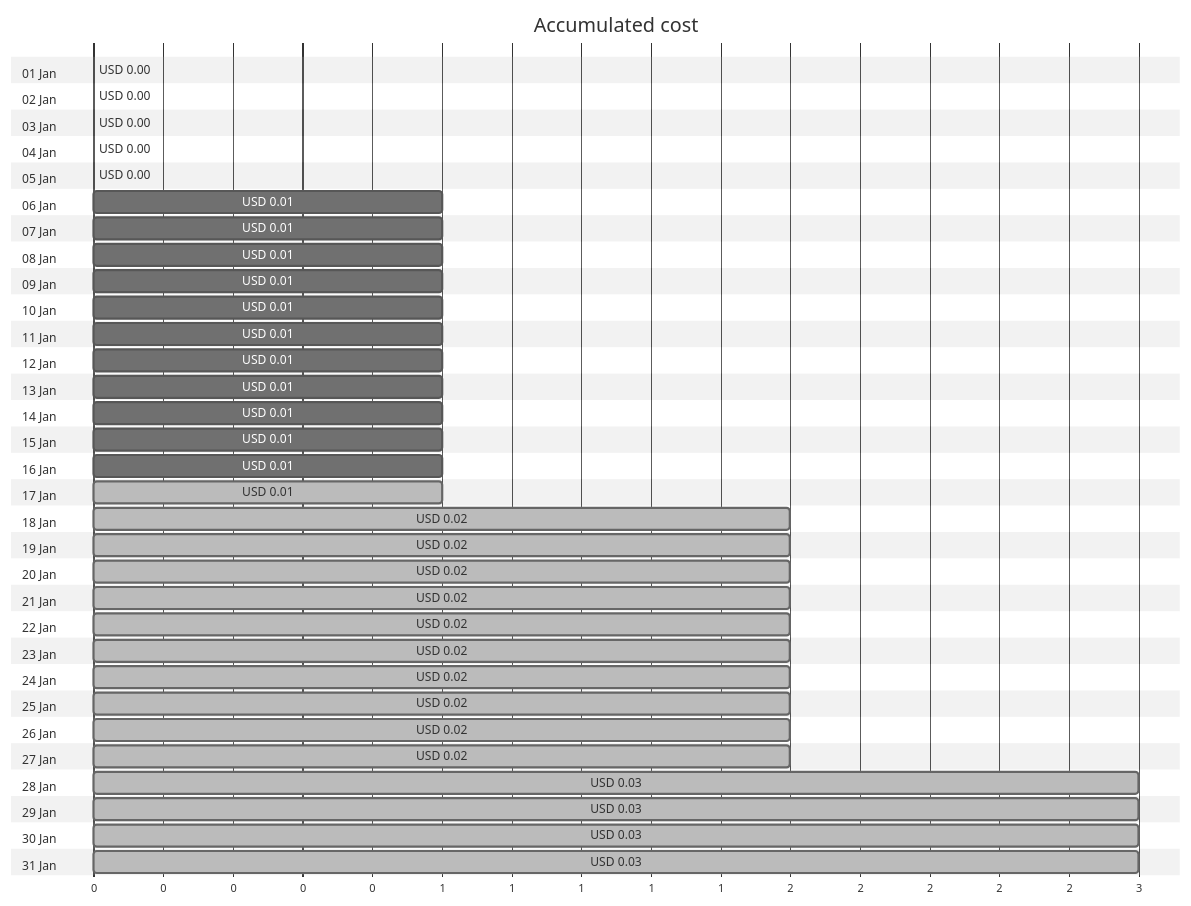
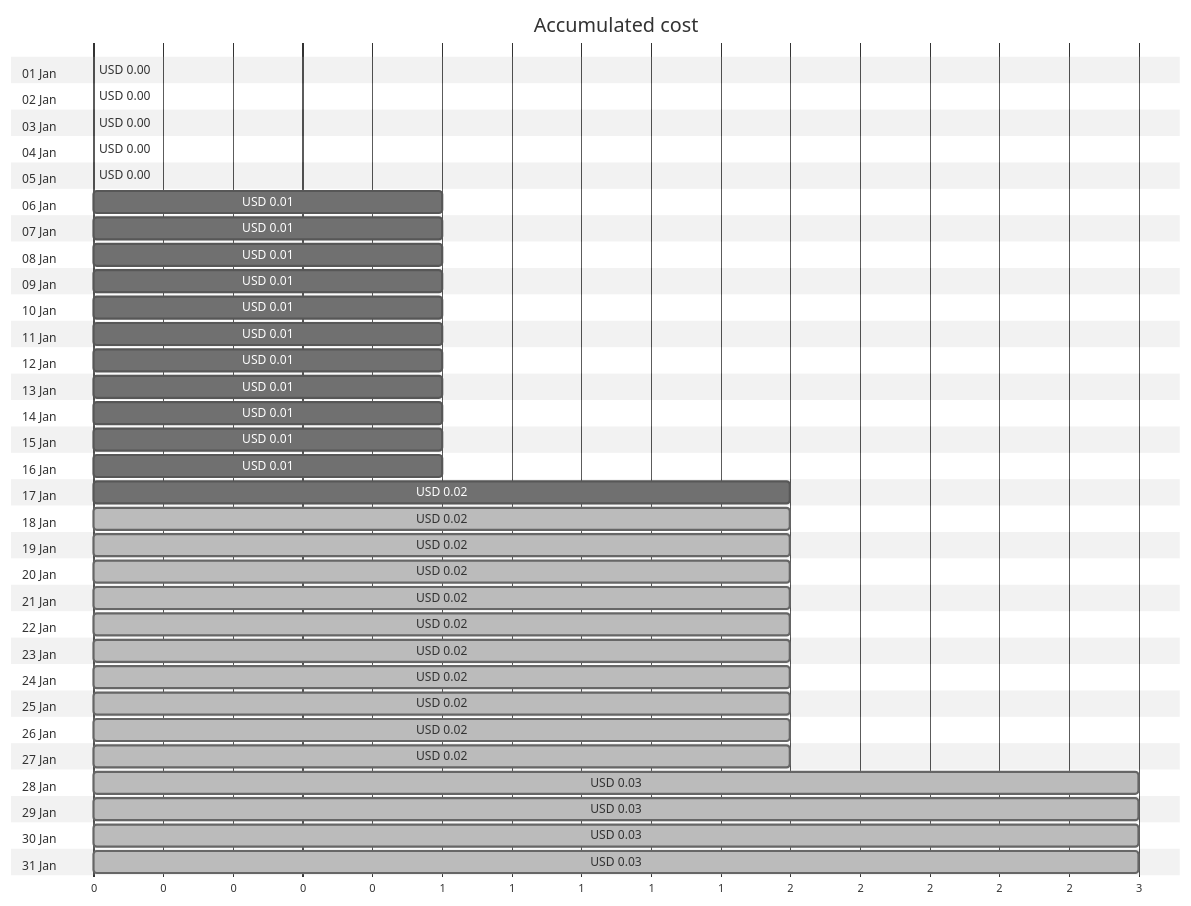
The first of 4 diagrams in cost-reports/personal-site/personalsiteapipreview.md (jpfulton/azure-personal-reports), drawn with Mermaid (neutral theme) before and after one commit. The commit also changed other lines of this file and 6 other files, not shown here.

````diff
--- a/cost-reports/personal-site/personalsiteapipreview.md
+++ b/cost-reports/personal-site/personalsiteapipreview.md
@@ -20,68 +20,68 @@
 ```mermaid
 gantt
    title Accumulated cost
    dateFormat  X
    axisFormat %s
    section 01 Jan
    USD 0.00 :0, 0
    section 02 Jan
    USD 0.00 :0, 0
    section 03 Jan
    USD 0.00 :0, 0
    section 04 Jan
    USD 0.00 :0, 0
    section 05 Jan
    USD 0.00 :0, 0
    section 06 Jan
    USD 0.01 :0, 1
    section 07 Jan
    USD 0.01 :0, 1
    section 08 Jan
    USD 0.01 :0, 1
    section 09 Jan
    USD 0.01 :0, 1
    section 10 Jan
    USD 0.01 :0, 1
    section 11 Jan
    USD 0.01 :0, 1
    section 12 Jan
    USD 0.01 :0, 1
    section 13 Jan
    USD 0.01 :0, 1
    section 14 Jan
    USD 0.01 :0, 1
    section 15 Jan
    USD 0.01 :0, 1
    section 16 Jan
    USD 0.01 :0, 1
    section 17 Jan
-   USD 0.01 : done, 0, 1
+   USD 0.02 :0, 2
    section 18 Jan
    USD 0.02 : done, 0, 2
    section 19 Jan
    USD 0.02 : done, 0, 2
    section 20 Jan
    USD 0.02 : done, 0, 2
    section 21 Jan
    USD 0.02 : done, 0, 2
    section 22 Jan
    USD 0.02 : done, 0, 2
    section 23 Jan
    USD 0.02 : done, 0, 2
    section 24 Jan
    USD 0.02 : done, 0, 2
    section 25 Jan
    USD 0.02 : done, 0, 2
    section 26 Jan
    USD 0.02 : done, 0, 2
    section 27 Jan
    USD 0.02 : done, 0, 2
    section 28 Jan
    USD 0.03 : done, 0, 3
    section 29 Jan
    USD 0.03 : done, 0, 3
    section 30 Jan
    USD 0.03 : done, 0, 3
    section 31 Jan
    USD 0.03 : done, 0, 3
 ```
````
